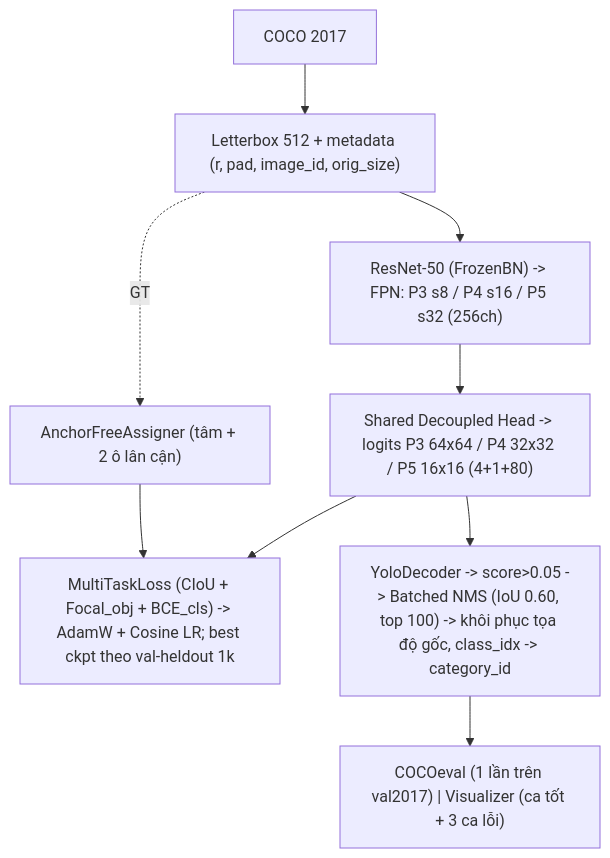
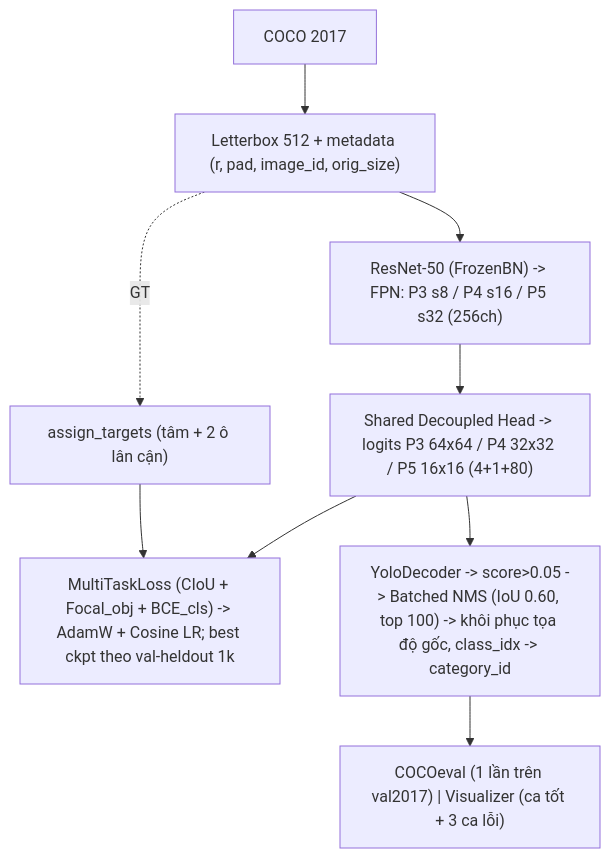
The diagram in docs/DEFINE_AND_DESIGN.md (khanhlinh616/DL_N1_cw), drawn with Mermaid before and after one commit. The commit also changed other lines of this file, not shown here.

````diff
--- a/docs/DEFINE_AND_DESIGN.md
+++ b/docs/DEFINE_AND_DESIGN.md
@@ -57,10 +57,10 @@
 ```mermaid
 flowchart TD
     A["COCO 2017"] --> B["Letterbox 512 + metadata (r, pad, image_id, orig_size)"]
     B --> C["ResNet-50 (FrozenBN) -> FPN: P3 s8 / P4 s16 / P5 s32 (256ch)"]
     C --> F["Shared Decoupled Head -> logits P3 64x64 / P4 32x32 / P5 16x16 (4+1+80)"]
-    B -.->|GT| H["AnchorFreeAssigner (tâm + 2 ô lân cận)"]
+    B -.->|GT| H["assign_targets (tâm + 2 ô lân cận)"]
     F & H --> J["MultiTaskLoss (CIoU + Focal_obj + BCE_cls) -> AdamW + Cosine LR; best ckpt theo val-heldout 1k"]
     F --> L["YoloDecoder -> score>0.05 -> Batched NMS (IoU 0.60, top 100) -> khôi phục tọa độ gốc, class_idx -> category_id"]
     L --> O["COCOeval (1 lần trên val2017) | Visualizer (ca tốt + 3 ca lỗi)"]
 ```
````
